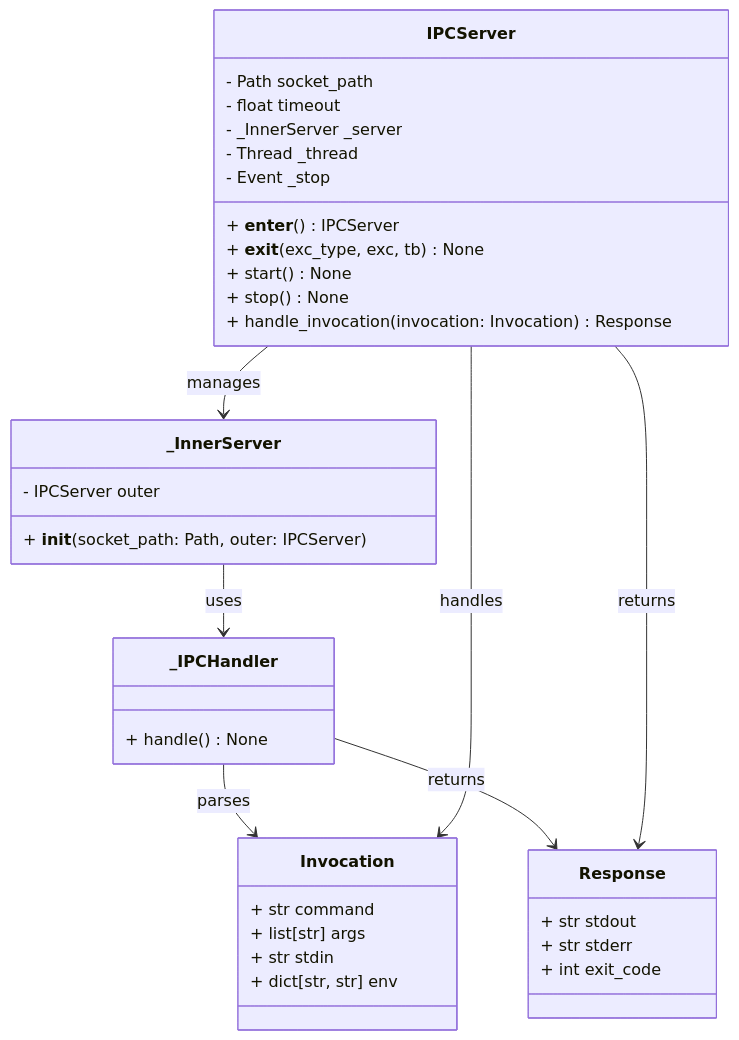
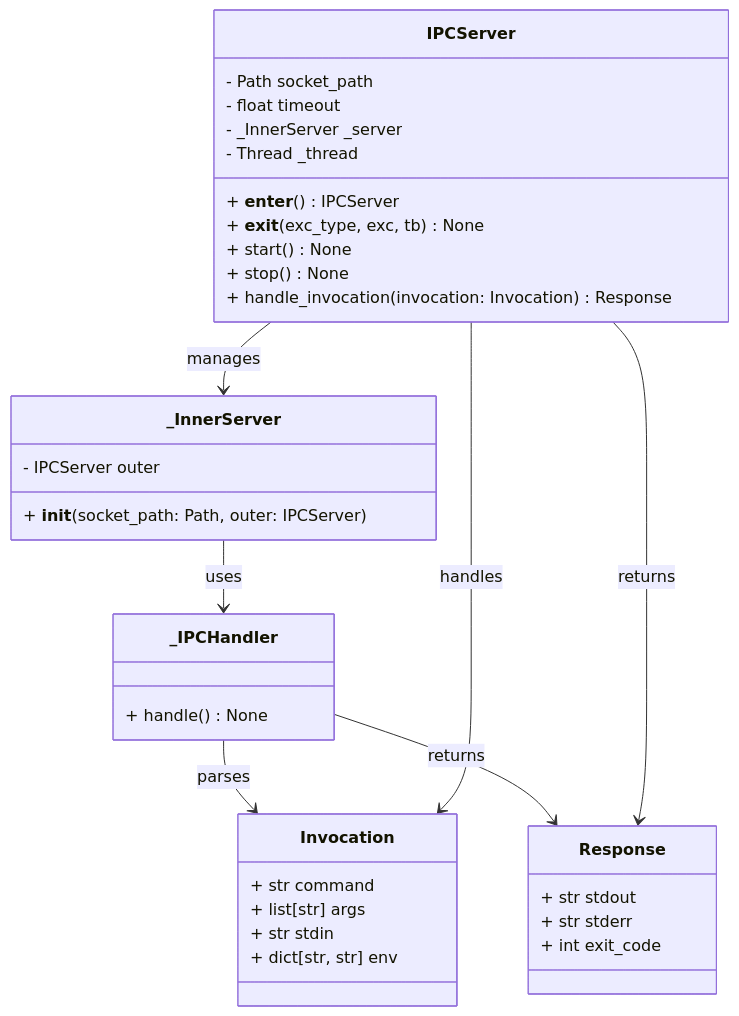
One commit to leynos/cmd-mox changed the second of 7 diagrams in docs/python-native-command-mocking-design.md. Above: the diagram before and after it, drawn with Mermaid. The commit also changed 1 other file, not shown here.

Commit message:
Remove unused stop event (#38)

````diff
--- a/docs/python-native-command-mocking-design.md
+++ b/docs/python-native-command-mocking-design.md
@@ -469,39 +469,38 @@
 ```mermaid
 classDiagram
     class IPCServer {
         - Path socket_path
         - float timeout
         - _InnerServer _server
         - Thread _thread
-        - Event _stop
         + __enter__() IPCServer
         + __exit__(exc_type, exc, tb) None
         + start() None
         + stop() None
         + handle_invocation(invocation: Invocation) Response
     }
     class _InnerServer {
         - IPCServer outer
         + __init__(socket_path: Path, outer: IPCServer)
     }
     class _IPCHandler {
         + handle() None
     }
     class Invocation {
         + str command
         + list[str] args
         + str stdin
         + dict[str, str] env
     }
     class Response {
         + str stdout
         + str stderr
         + int exit_code
     }
     IPCServer --> _InnerServer : manages
     _InnerServer --> _IPCHandler : uses
     _IPCHandler --> Invocation : parses
     _IPCHandler --> Response : returns
     IPCServer --> Invocation : handles
     IPCServer --> Response : returns
 ```
````
